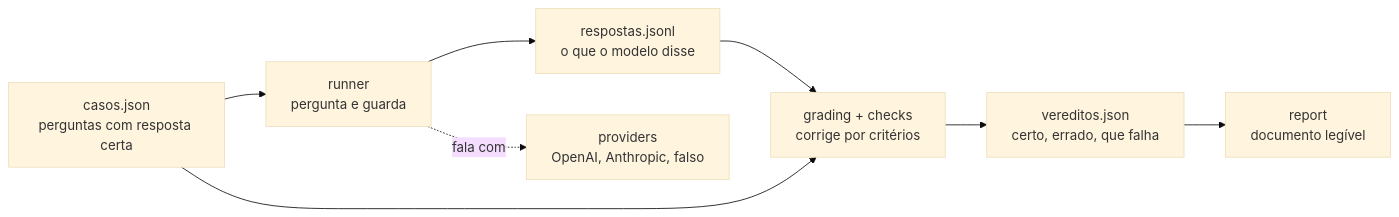
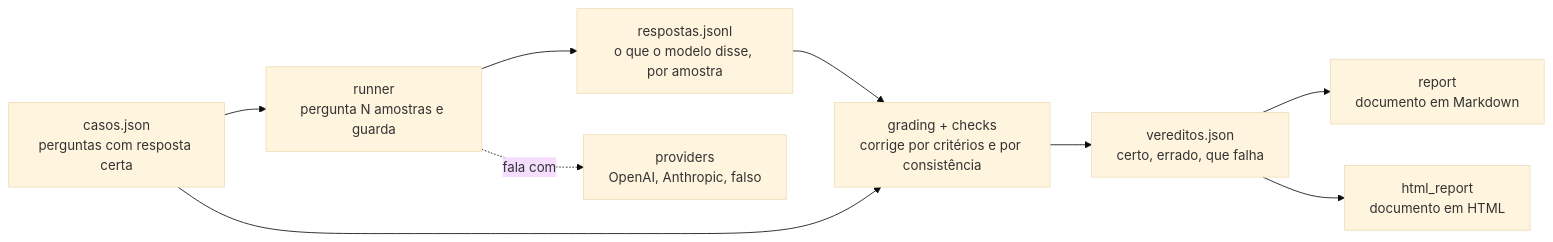
Before and after one commit to fabiomalves84-sketch/aferidor: the diagram in docs/ARQUITETURA.md, drawn with Mermaid (base theme). The commit also changed other lines of this file and 4 other files, not shown here.

First line of the commit message:
Documentos ao dia: amostras, consistência, a fronteira do HTML e 171 testes

````diff
--- a/docs/ARQUITETURA.md
+++ b/docs/ARQUITETURA.md
@@ -6,10 +6,11 @@
 ```mermaid
 flowchart LR
-    A[casos.json<br/>perguntas com resposta certa] --> B[runner<br/>pergunta e guarda]
-    B --> C[respostas.jsonl<br/>o que o modelo disse]
-    C --> D[grading + checks<br/>corrige por critérios]
+    A[casos.json<br/>perguntas com resposta certa] --> B[runner<br/>pergunta N amostras e guarda]
+    B --> C[respostas.jsonl<br/>o que o modelo disse, por amostra]
+    C --> D[grading + checks<br/>corrige por critérios e por consistência]
     A --> D
     D --> E[vereditos.json<br/>certo, errado, que falha]
-    E --> F[report<br/>documento legível]
+    E --> F[report<br/>documento em Markdown]
+    E --> G[html_report<br/>documento em HTML]
     B -.fala com.-> P[providers<br/>OpenAI, Anthropic, falso]
 ```
````
